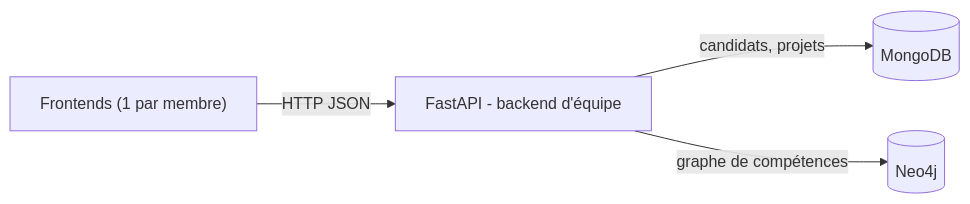
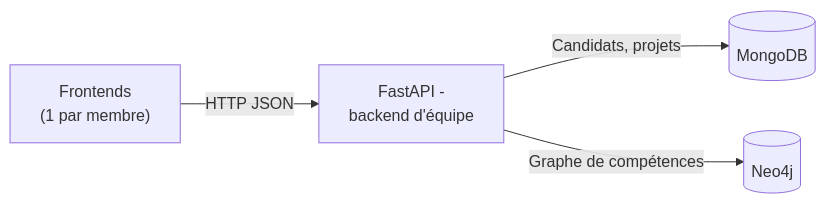
Before and after one commit to Angy-JORDs/2026-2027-rouen-portfolio-les-apprentis: the first of 2 diagrams in ARCHITECTURE.md, drawn with Mermaid.

````diff
--- a/ARCHITECTURE.md
+++ b/ARCHITECTURE.md
@@ -18,7 +18,15 @@
 ```mermaid
+
 flowchart LR
-    F["Frontends (1 par membre)"] -->|HTTP JSON| API["FastAPI - backend d'équipe"]
-    API -->|"candidats, projets"| M[("MongoDB")]
-    API -->|"graphe de compétences"| N[("Neo4j")]
-    %% TODO : complétez / corrigez ce schéma selon VOS choix
+    F["Frontends<br/>(1 par membre)"]
+
+    API["FastAPI -<br/>backend d'équipe"]
+
+    M[("MongoDB")]
+    N[("Neo4j")]
+
+    F -->|"HTTP JSON"| API
+    API -->|"Candidats, projets"| M
+    API -->|"Graphe de compétences"| N
+
 ```
````
